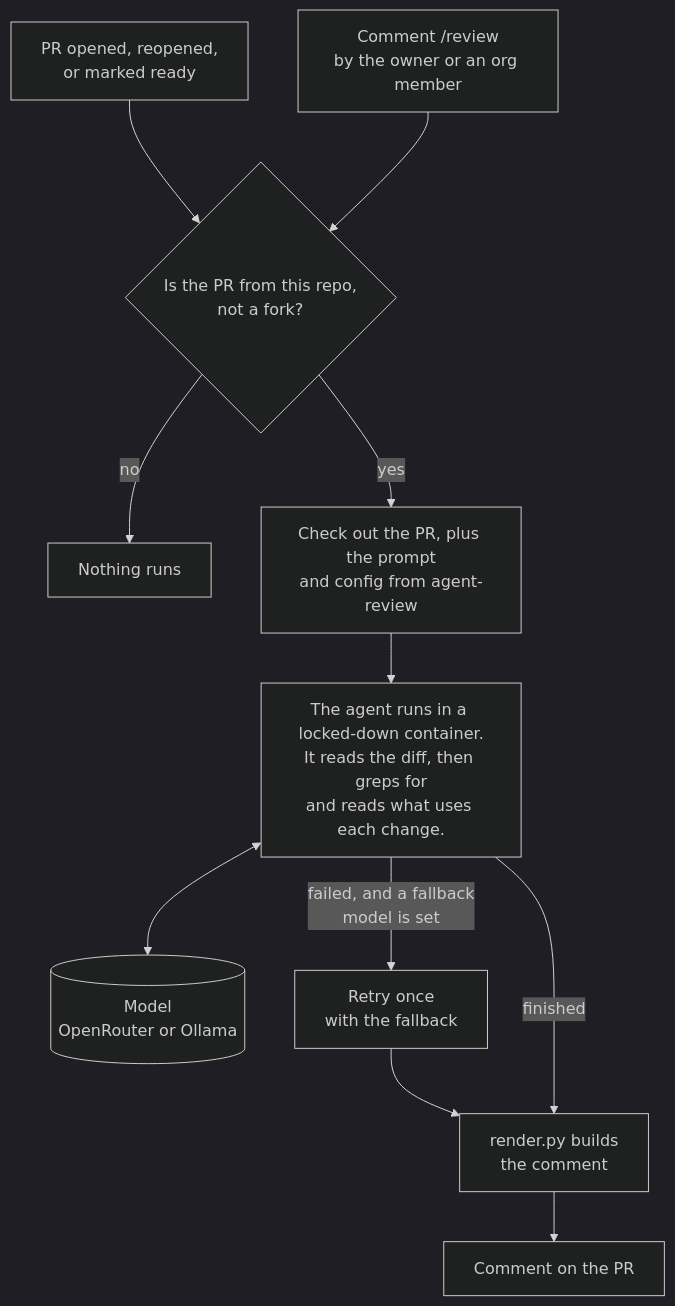
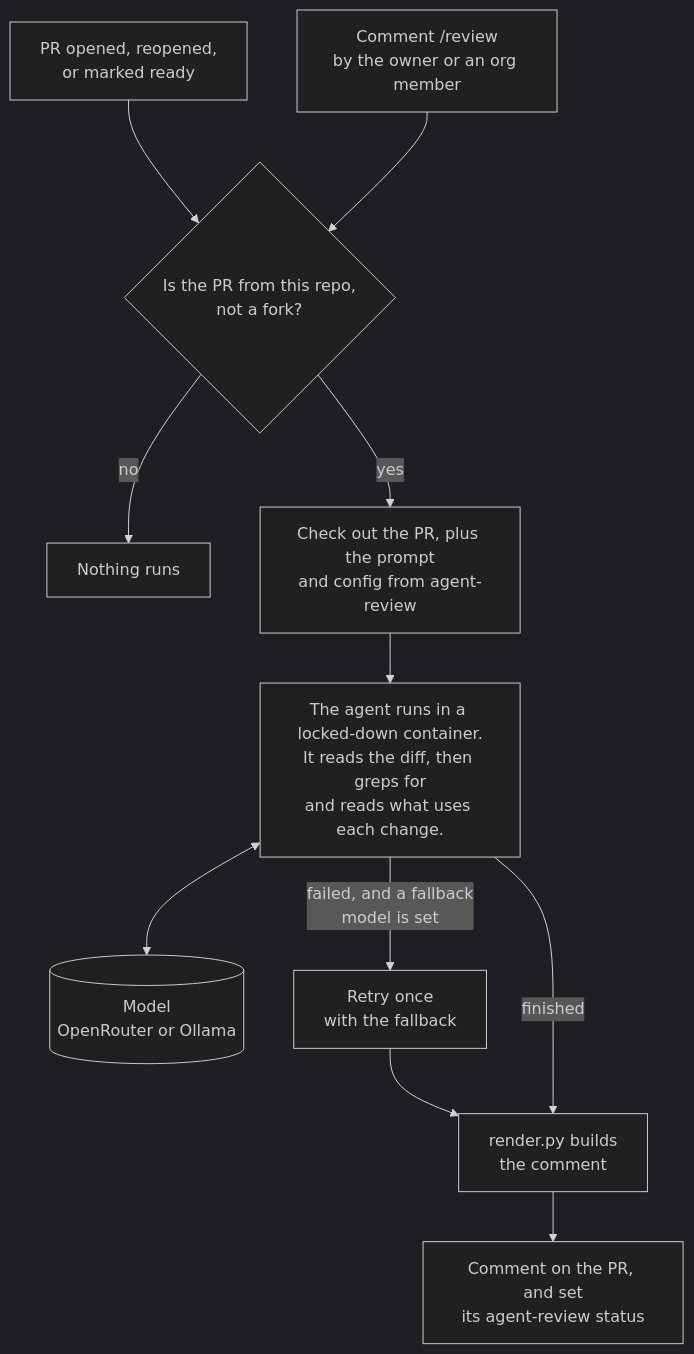
Before and after one commit to aachtenberg/agent-review: the first of 2 diagrams in README.md, drawn with Mermaid (dark theme). The commit also changed other lines of this file and 8 other files, not shown here.

First line of the commit message:
Show the review result on the PR as an agent-review status

````diff
--- a/README.md
+++ b/README.md
@@ -22,14 +22,14 @@
 ```mermaid
 flowchart TD
     A["PR opened, reopened,<br/>or marked ready"] --> C
     B["Comment /review<br/>by the owner or an org member"] --> C
     C{"Is the PR from this repo,<br/>not a fork?"}
     C -- no --> S["Nothing runs"]
     C -- yes --> D["Check out the PR, plus the prompt<br/>and config from agent-review"]
     D --> E["The agent runs in a locked-down container.<br/>It reads the diff, then greps for<br/>and reads what uses each change."]
     E <--> M[("Model<br/>OpenRouter or Ollama")]
     E -- "failed, and a fallback<br/>model is set" --> F["Retry once<br/>with the fallback"]
     F --> R
     E -- finished --> R["render.py builds<br/>the comment"]
-    R --> P["Comment on the PR"]
+    R --> P["Comment on the PR, and set<br/>its agent-review status"]
 ```
````
